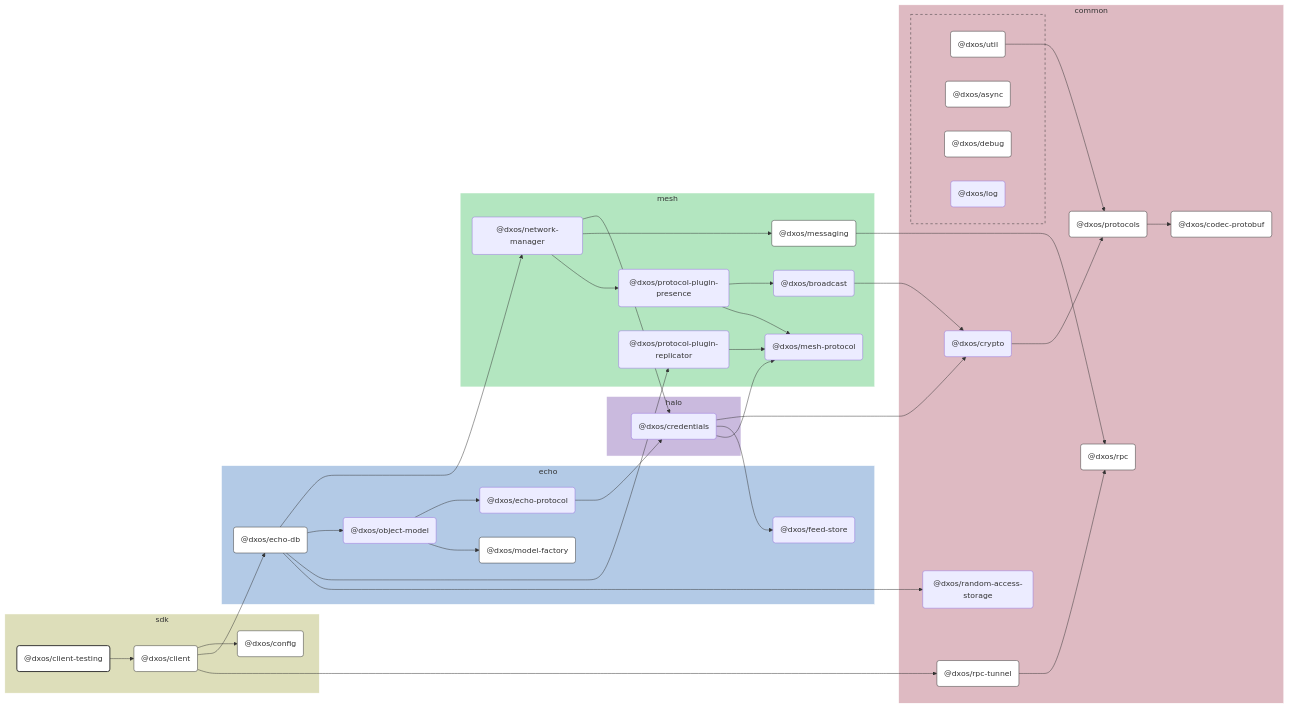
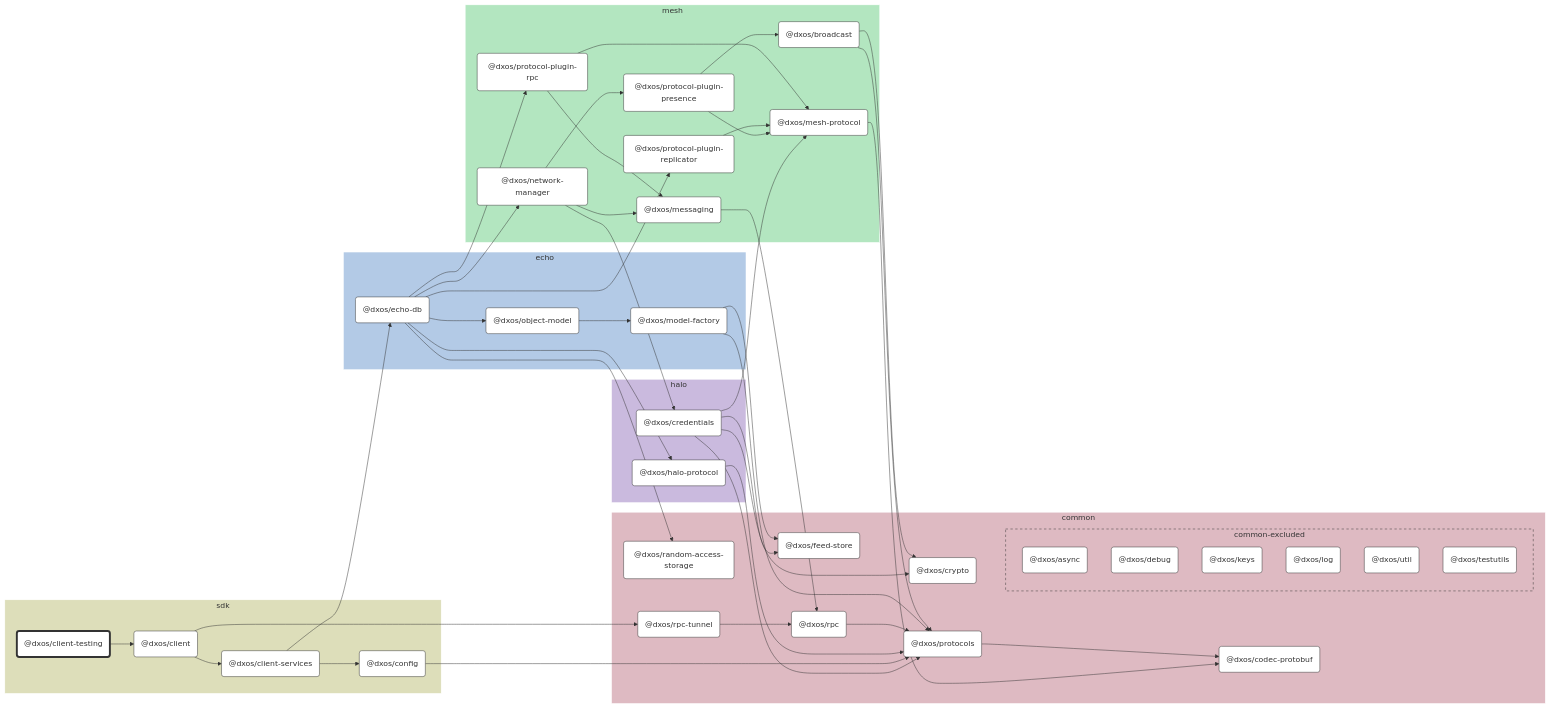
The diagram in packages/sdk/client-testing/docs/README.md (dxos/dxos), drawn with Mermaid before and after one commit. The commit also changed other lines of this file and 683 other files, not shown here.

````diff
--- a/packages/sdk/client-testing/docs/README.md
+++ b/packages/sdk/client-testing/docs/README.md
@@ -9,122 +9,129 @@
 
 flowchart LR
 
-%% Links
-dxos/broadcast --> dxos/crypto;
-dxos/client --> dxos/config;
-dxos/client --> dxos/echo-db;
-dxos/client --> dxos/rpc-tunnel;
-dxos/client-testing --> dxos/client;
-dxos/credentials --> dxos/crypto;
-dxos/credentials --> dxos/feed-store;
-dxos/credentials --> dxos/mesh-protocol;
-dxos/crypto --> dxos/protocols;
-dxos/echo-db --> dxos/network-manager;
-dxos/echo-db --> dxos/object-model;
-dxos/echo-db --> dxos/protocol-plugin-replicator;
-dxos/echo-db --> dxos/random-access-storage;
-dxos/echo-protocol --> dxos/credentials;
-dxos/messaging --> dxos/rpc;
-dxos/network-manager --> dxos/credentials;
-dxos/network-manager --> dxos/messaging;
-dxos/network-manager --> dxos/protocol-plugin-presence;
-dxos/object-model --> dxos/echo-protocol;
-dxos/object-model --> dxos/model-factory;
-dxos/protocol-plugin-presence --> dxos/broadcast;
-dxos/protocol-plugin-presence --> dxos/mesh-protocol;
-dxos/protocol-plugin-replicator --> dxos/mesh-protocol;
-dxos/protocols --> dxos/codec-protobuf;
-dxos/rpc-tunnel --> dxos/rpc;
-dxos/util --> dxos/protocols;
+%% Classes
+classDef def fill:#fff,stroke:#333,stroke-width:1px
+classDef root fill:#fff,stroke:#333,stroke-width:4px
 
-%% Sections
-subgraph sdk
-  style sdk fill:#dddeba,stroke:#fff;
+%% Nodes
 
-  dxos/client("@dxos/client")
-  dxos/client-testing("@dxos/client-testing")
-  dxos/config("@dxos/config")
+subgraph sdk [sdk]
+  style sdk fill:#dddeba,stroke:#fff
+  dxos/client-testing("@dxos/client-testing"):::root
+  click dxos/client-testing "dxos/dxos/tree/main/packages/sdk/client-testing/docs"
+  dxos/client("@dxos/client"):::def
+  click dxos/client "dxos/dxos/tree/main/packages/sdk/client/docs"
+  dxos/client-services("@dxos/client-services"):::def
+  click dxos/client-services "dxos/dxos/tree/main/packages/sdk/client-services/docs"
+  dxos/config("@dxos/config"):::def
+  click dxos/config "dxos/dxos/tree/main/packages/sdk/config/docs"
 end
 
-subgraph common
-  style common fill:#debac2,stroke:#fff;
+subgraph common [common]
+  style common fill:#debac2,stroke:#fff
+  dxos/codec-protobuf("@dxos/codec-protobuf"):::def
+  click dxos/codec-protobuf "dxos/dxos/tree/main/packages/common/codec-protobuf/docs"
+  dxos/crypto("@dxos/crypto"):::def
+  click dxos/crypto "dxos/dxos/tree/main/packages/common/crypto/docs"
+  dxos/feed-store("@dxos/feed-store"):::def
+  click dxos/feed-store "dxos/dxos/tree/main/packages/common/feed-store/docs"
+  dxos/protocols("@dxos/protocols"):::def
+  click dxos/protocols "dxos/dxos/tree/main/packages/common/protocols/docs"
+  dxos/rpc("@dxos/rpc"):::def
+  click dxos/rpc "dxos/dxos/tree/main/packages/common/rpc/docs"
+  dxos/random-access-storage("@dxos/random-access-storage"):::def
+  click dxos/random-access-storage "dxos/dxos/tree/main/packages/common/random-access-storage/docs"
+  dxos/rpc-tunnel("@dxos/rpc-tunnel"):::def
+  click dxos/rpc-tunnel "dxos/dxos/tree/main/packages/common/rpc-tunnel/docs"
 
-  dxos/codec-protobuf("@dxos/codec-protobuf")
-  dxos/crypto("@dxos/crypto")
-  dxos/protocols("@dxos/protocols")
-  dxos/random-access-storage("@dxos/random-access-storage")
-  dxos/rpc("@dxos/rpc")
-  dxos/rpc-tunnel("@dxos/rpc-tunnel")
-
-  subgraph common-excluded [ ]
-    style common-excluded fill:#debac2,stroke:#333,stroke-dasharray:5 5;
-
-    dxos/async("@dxos/async")
-    dxos/debug("@dxos/debug")
-    dxos/log("@dxos/log")
-    dxos/util("@dxos/util")
+  subgraph common-excluded [common-excluded]
+    style common-excluded fill:#debac2,stroke:#333,stroke-dasharray:5 5
+    dxos/async("@dxos/async"):::def
+    click dxos/async "dxos/dxos/tree/main/packages/common/async/docs"
+    dxos/debug("@dxos/debug"):::def
+    click dxos/debug "dxos/dxos/tree/main/packages/common/debug/docs"
+    dxos/keys("@dxos/keys"):::def
+    click dxos/keys "dxos/dxos/tree/main/packages/common/keys/docs"
+    dxos/log("@dxos/log"):::def
+    click dxos/log "dxos/dxos/tree/main/packages/common/log/docs"
+    dxos/util("@dxos/util"):::def
+    click dxos/util "dxos/dxos/tree/main/packages/common/util/docs"
+    dxos/testutils("@dxos/testutils"):::def
+    click dxos/testutils "dxos/dxos/tree/main/packages/common/testutils/docs"
   end
 end
 
-subgraph echo
-  style echo fill:#b3cae6,stroke:#fff;
-
-  dxos/echo-db("@dxos/echo-db")
-  dxos/echo-protocol("@dxos/echo-protocol")
-  dxos/feed-store("@dxos/feed-store")
-  dxos/model-factory("@dxos/model-factory")
-  dxos/object-model("@dxos/object-model")
+subgraph halo [halo]
+  style halo fill:#cabade,stroke:#fff
+  dxos/credentials("@dxos/credentials"):::def
+  click dxos/credentials "dxos/dxos/tree/main/packages/halo/credentials/docs"
+  dxos/halo-protocol("@dxos/halo-protocol"):::def
+  click dxos/halo-protocol "dxos/dxos/tree/main/packages/halo/halo-protocol/docs"
 end
 
-subgraph halo
-  style halo fill:#cabade,stroke:#fff;
-
-  dxos/credentials("@dxos/credentials")
+subgraph mesh [mesh]
+  style mesh fill:#b3e6c0,stroke:#fff
+  dxos/mesh-protocol("@dxos/mesh-protocol"):::def
+  click dxos/mesh-protocol "dxos/dxos/tree/main/packages/mesh/mesh-protocol/docs"
+  dxos/messaging("@dxos/messaging"):::def
+  click dxos/messaging "dxos/dxos/tree/main/packages/mesh/messaging/docs"
+  dxos/network-manager("@dxos/network-manager"):::def
+  click dxos/network-manager "dxos/dxos/tree/main/packages/mesh/network-manager/docs"
+  dxos/protocol-plugin-presence("@dxos/protocol-plugin-presence"):::def
+  click dxos/protocol-plugin-presence "dxos/dxos/tree/main/packages/mesh/protocol-plugin-presence/docs"
+  dxos/broadcast("@dxos/broadcast"):::def
+  click dxos/broadcast "dxos/dxos/tree/main/packages/mesh/broadcast/docs"
+  dxos/protocol-plugin-replicator("@dxos/protocol-plugin-replicator"):::def
+  click dxos/protocol-plugin-replicator "dxos/dxos/tree/main/packages/mesh/protocol-plugin-replicator/docs"
+  dxos/protocol-plugin-rpc("@dxos/protocol-plugin-rpc"):::def
+  click dxos/protocol-plugin-rpc "dxos/dxos/tree/main/packages/mesh/protocol-plugin-rpc/docs"
 end
 
-subgraph mesh
-  style mesh fill:#b3e6c0,stroke:#fff;
-
-  dxos/broadcast("@dxos/broadcast")
-  dxos/mesh-protocol("@dxos/mesh-protocol")
-  dxos/messaging("@dxos/messaging")
-  dxos/network-manager("@dxos/network-manager")
-  dxos/protocol-plugin-presence("@dxos/protocol-plugin-presence")
-  dxos/protocol-plugin-replicator("@dxos/protocol-plugin-replicator")
+subgraph echo [echo]
+  style echo fill:#b3cae6,stroke:#fff
+  dxos/echo-db("@dxos/echo-db"):::def
+  click dxos/echo-db "dxos/dxos/tree/main/packages/echo/echo-db/docs"
+  dxos/model-factory("@dxos/model-factory"):::def
+  click dxos/model-factory "dxos/dxos/tree/main/packages/echo/model-factory/docs"
+  dxos/object-model("@dxos/object-model"):::def
+  click dxos/object-model "dxos/dxos/tree/main/packages/echo/object-model/docs"
 end
 
-
-%% Hyperlinks
-click dxos/async "dxos/dxos/tree/main/packages/common/async/docs";
-click dxos/client "dxos/dxos/tree/main/packages/sdk/client/docs";
-click dxos/codec-protobuf "dxos/dxos/tree/main/packages/common/codec-protobuf/docs";
-click dxos/config "dxos/dxos/tree/main/packages/sdk/config/docs";
-click dxos/debug "dxos/dxos/tree/main/packages/common/debug/docs";
-click dxos/echo-db "dxos/dxos/tree/main/packages/echo/echo-db/docs";
-click dxos/messaging "dxos/dxos/tree/main/packages/mesh/messaging/docs";
-click dxos/model-factory "dxos/dxos/tree/main/packages/echo/model-factory/docs";
-click dxos/protocols "dxos/dxos/tree/main/packages/common/protocols/docs";
-click dxos/rpc "dxos/dxos/tree/main/packages/common/rpc/docs";
-click dxos/rpc-tunnel "dxos/dxos/tree/main/packages/common/rpc-tunnel/docs";
-click dxos/util "dxos/dxos/tree/main/packages/common/util/docs";
-
-%% Styles
-classDef rootNode fill:#fff,stroke:#333,stroke-width:2px
-classDef defaultNode fill:#fff,stroke:#333,stroke-width:1px
+%% Links
 linkStyle default stroke:#333,stroke-width:1px
-
-dxos/client-testing:::rootNode
-
-dxos/async:::defaultNode
-dxos/client:::defaultNode
-dxos/codec-protobuf:::defaultNode
-dxos/config:::defaultNode
-dxos/debug:::defaultNode
-dxos/echo-db:::defaultNode
-dxos/messaging:::defaultNode
-dxos/model-factory:::defaultNode
-dxos/protocols:::defaultNode
-dxos/rpc:::defaultNode
-dxos/rpc-tunnel:::defaultNode
-dxos/util:::defaultNode
+dxos/client-testing --> dxos/client
+dxos/client --> dxos/client-services
+dxos/credentials --> dxos/crypto
+dxos/credentials --> dxos/feed-store
+dxos/credentials --> dxos/mesh-protocol
+dxos/mesh-protocol --> dxos/codec-protobuf
+dxos/credentials --> dxos/protocols
+dxos/protocols --> dxos/codec-protobuf
+dxos/client-services --> dxos/config
+dxos/config --> dxos/protocols
+dxos/client-services --> dxos/echo-db
+dxos/echo-db --> dxos/halo-protocol
+dxos/halo-protocol --> dxos/protocols
+dxos/messaging --> dxos/rpc
+dxos/rpc --> dxos/protocols
+dxos/model-factory --> dxos/feed-store
+dxos/model-factory --> dxos/protocols
+dxos/echo-db --> dxos/network-manager
+dxos/network-manager --> dxos/credentials
+dxos/network-manager --> dxos/messaging
+dxos/network-manager --> dxos/protocol-plugin-presence
+dxos/protocol-plugin-presence --> dxos/broadcast
+dxos/broadcast --> dxos/crypto
+dxos/broadcast --> dxos/protocols
+dxos/protocol-plugin-presence --> dxos/mesh-protocol
+dxos/echo-db --> dxos/object-model
+dxos/object-model --> dxos/model-factory
+dxos/echo-db --> dxos/protocol-plugin-replicator
+dxos/protocol-plugin-replicator --> dxos/mesh-protocol
+dxos/echo-db --> dxos/random-access-storage
+dxos/echo-db --> dxos/protocol-plugin-rpc
+dxos/protocol-plugin-rpc --> dxos/messaging
+dxos/protocol-plugin-rpc --> dxos/mesh-protocol
+dxos/client --> dxos/rpc-tunnel
+dxos/rpc-tunnel --> dxos/rpc
 ```
````
